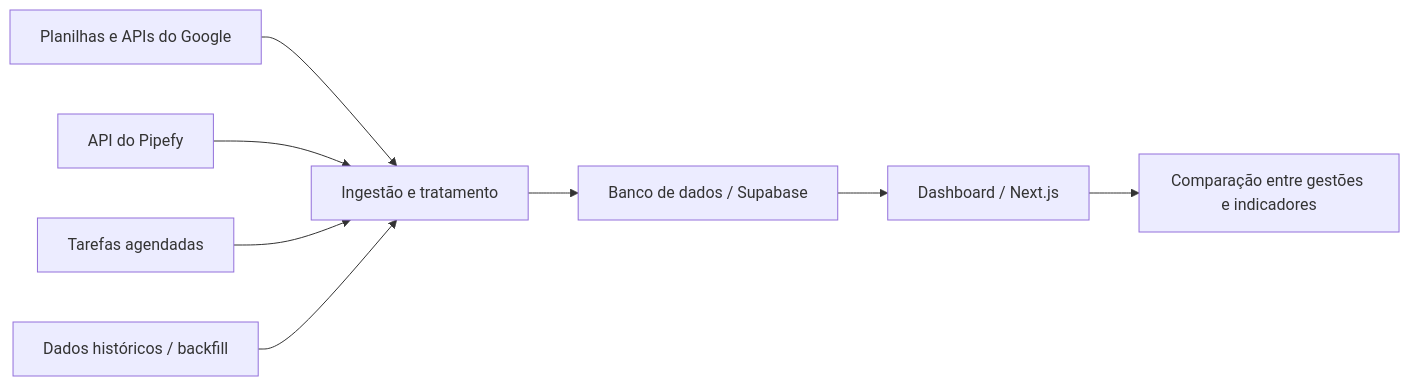
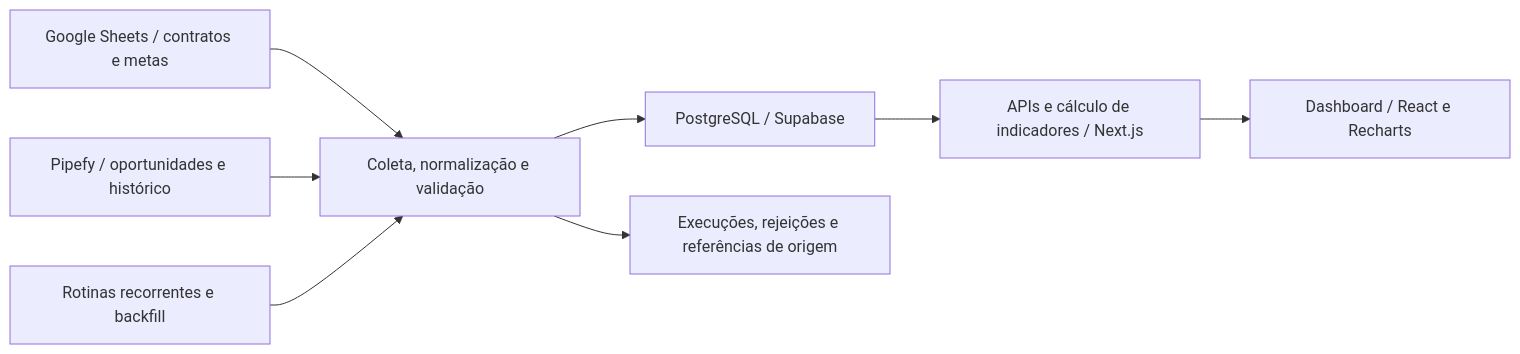
One commit to Erikbq/engineering-case-studies changed the diagram in inteligencia-comercial.md. Above: the diagram before and after it, drawn with Mermaid. The commit also changed other lines of this file and 3 other files, not shown here.

````diff
--- a/inteligencia-comercial.md
+++ b/inteligencia-comercial.md
@@ -36,10 +38,10 @@
 ```mermaid
 flowchart LR
-    G["Planilhas e APIs do Google"] --> I["Ingestão e tratamento"]
-    P["API do Pipefy"] --> I
-    A["Tarefas agendadas"] --> I
-    H["Dados históricos / backfill"] --> I
-    I --> B["Banco de dados / Supabase"]
-    B --> D["Dashboard / Next.js"]
-    D --> C["Comparação entre gestões e indicadores"]
+    G["Google Sheets / contratos e metas"] --> I["Coleta, normalização e validação"]
+    P["Pipefy / oportunidades e histórico"] --> I
+    R["Rotinas recorrentes e backfill"] --> I
+    I --> B["PostgreSQL / Supabase"]
+    B --> A["APIs e cálculo de indicadores / Next.js"]
+    A --> D["Dashboard / React e Recharts"]
+    I --> E["Execuções, rejeições e referências de origem"]
 ```
````
